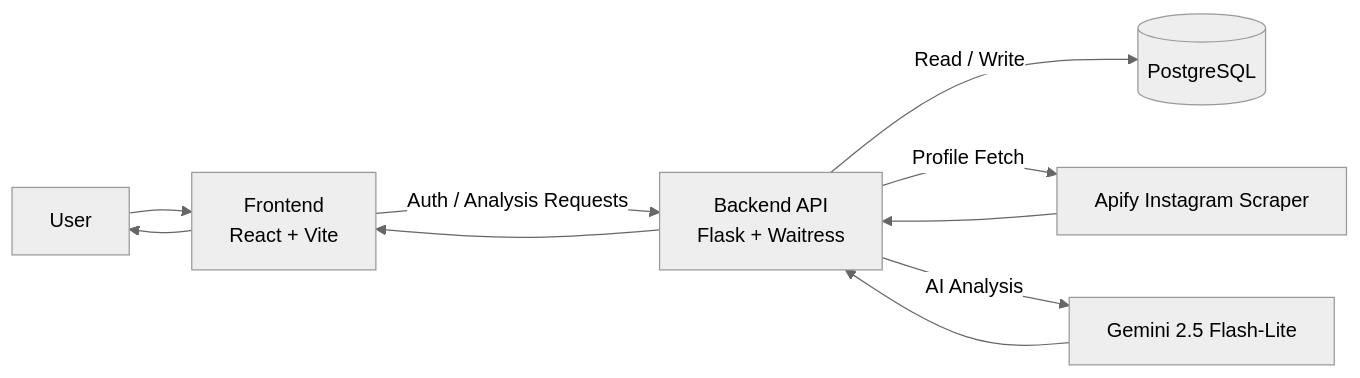
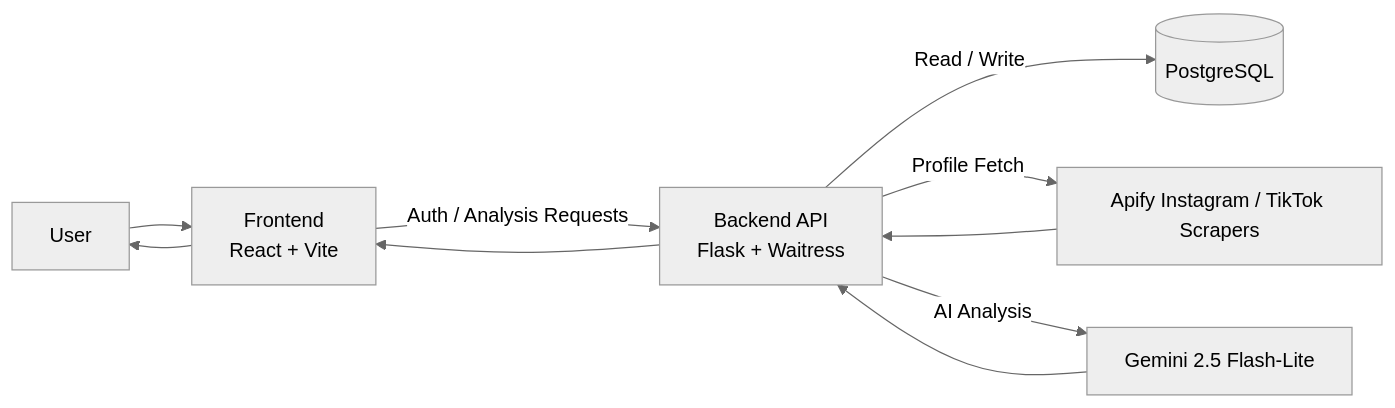
The first of 3 diagrams in README.md (Qoziwe/Alignd), drawn with Mermaid (neutral theme) before and after one commit. The commit also changed other lines of this file and 10 other files, not shown here.

First line of the commit message:
feat: add TikTok profile analysis support and enhance loading experience

````diff
--- a/README.md
+++ b/README.md
@@ -24,12 +24,12 @@
 ```mermaid
 flowchart LR
     U[User] --> F[Frontend<br/>React + Vite]
     F -->|Auth / Analysis Requests| B[Backend API<br/>Flask + Waitress]
     B -->|Read / Write| DB[(PostgreSQL)]
-    B -->|Profile Fetch| A[Apify Instagram Scraper]
+    B -->|Profile Fetch| A[Apify Instagram / TikTok Scrapers]
     B -->|AI Analysis| G[Gemini 2.5 Flash-Lite]
     G --> B
     A --> B
     B --> F
     F --> U
 ```
````
